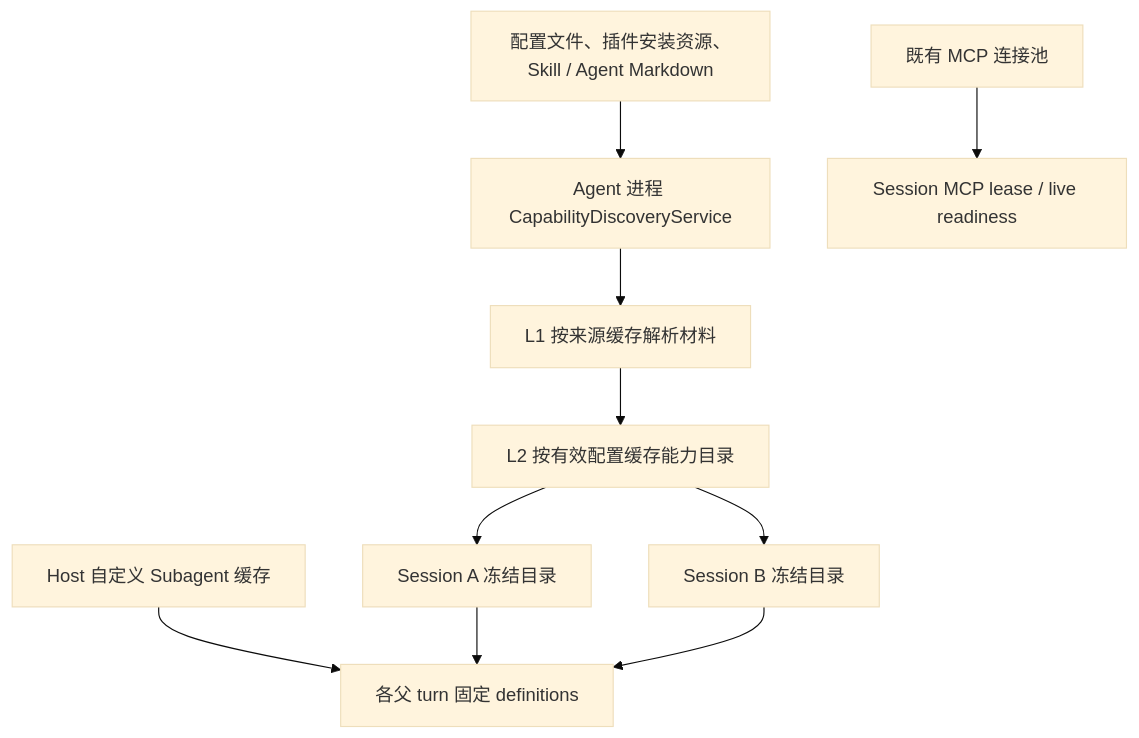
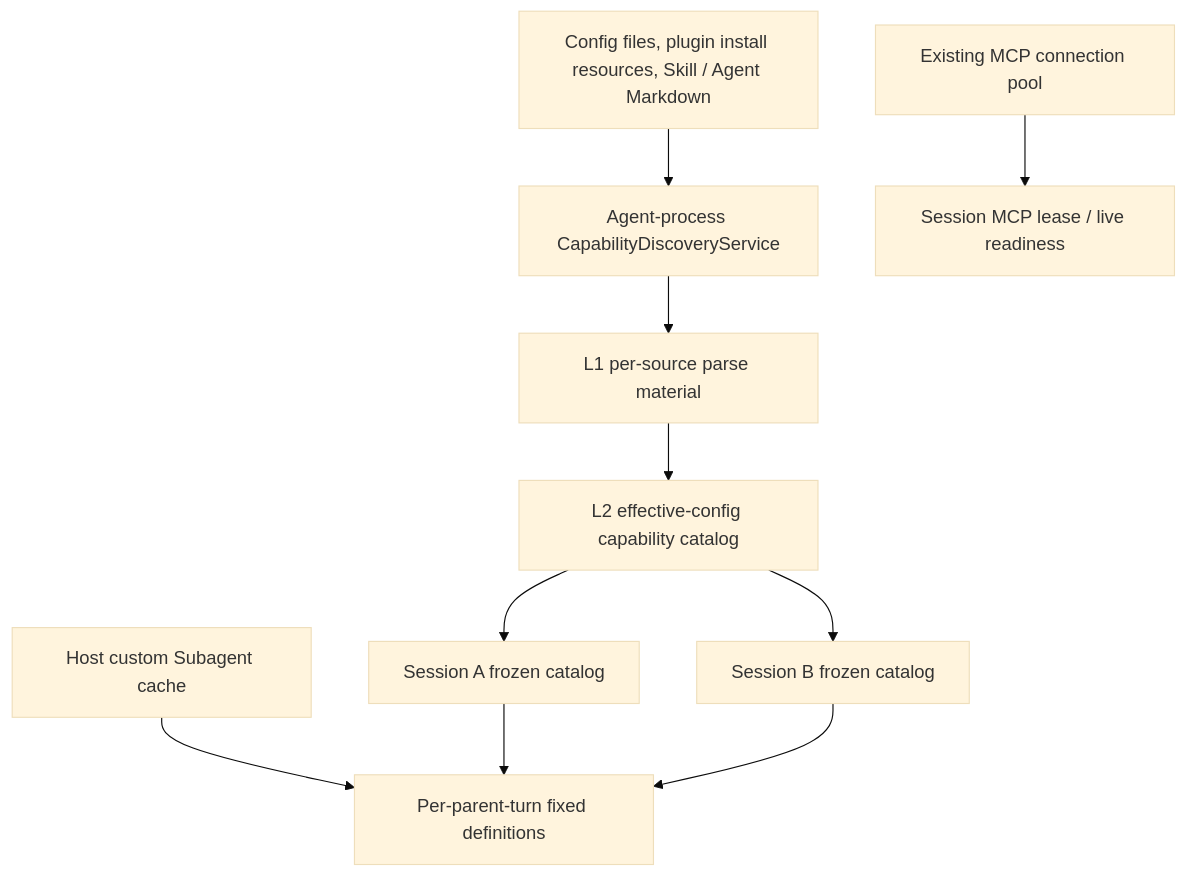
The first of 2 diagrams in docs/workspace-capability-discovery-cache.md (osben/ZCode), drawn with Mermaid (base theme) before and after one commit. The commit also changed other lines of this file and 26 other files, not shown here.

````diff
--- a/docs/workspace-capability-discovery-cache.md
+++ b/docs/workspace-capability-discovery-cache.md
@@ -42,12 +42,12 @@
 ```mermaid
 flowchart TB
-    F[配置文件、插件安装资源、Skill / Agent Markdown] --> S[Agent 进程 CapabilityDiscoveryService]
-    S --> L1[L1 按来源缓存解析材料]
-    L1 --> L2[L2 按有效配置缓存能力目录]
-    L2 --> A[Session A 冻结目录]
-    L2 --> B[Session B 冻结目录]
-    H[Host 自定义 Subagent 缓存] --> T[各父 turn 固定 definitions]
+    F[Config files, plugin install resources, Skill / Agent Markdown] --> S[Agent-process CapabilityDiscoveryService]
+    S --> L1[L1 per-source parse material]
+    L1 --> L2[L2 effective-config capability catalog]
+    L2 --> A[Session A frozen catalog]
+    L2 --> B[Session B frozen catalog]
+    H[Host custom Subagent cache] --> T[Per-parent-turn fixed definitions]
     A --> T
     B --> T
-    P[既有 MCP 连接池] --> M[Session MCP lease / live readiness]
+    P[Existing MCP connection pool] --> M[Session MCP lease / live readiness]
 ```
````
